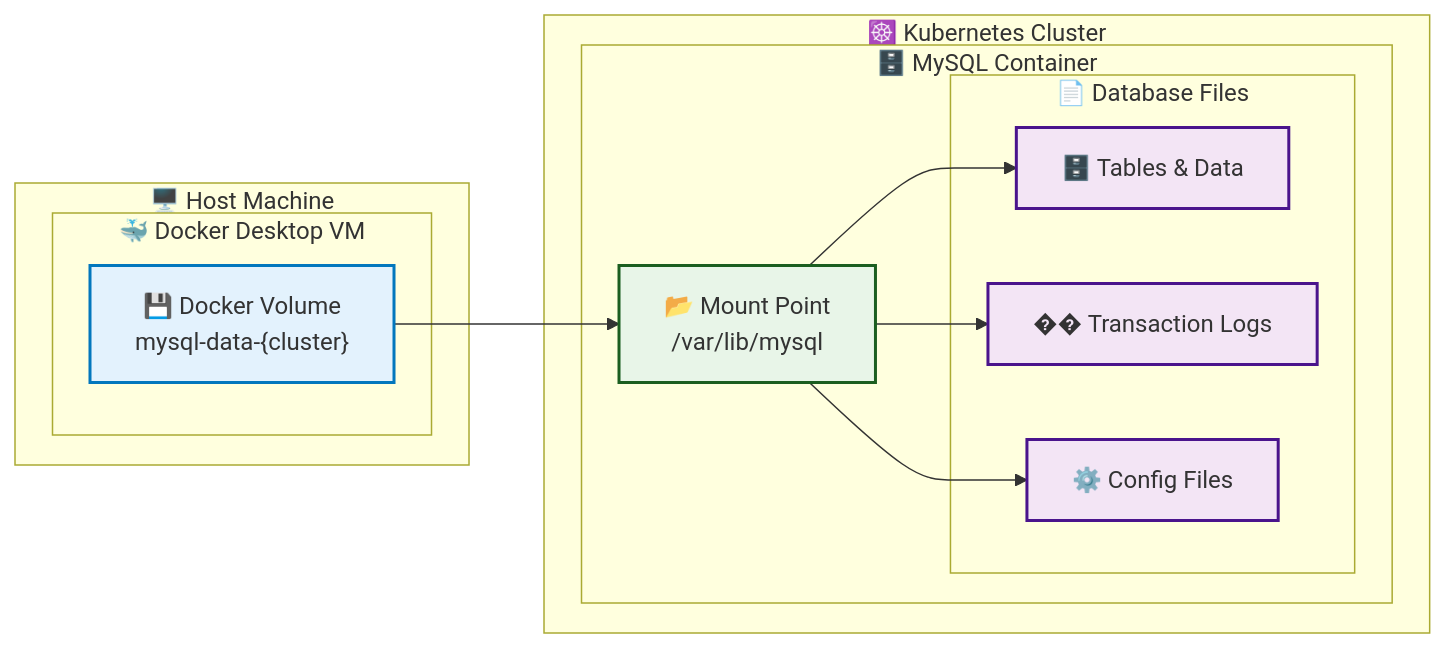
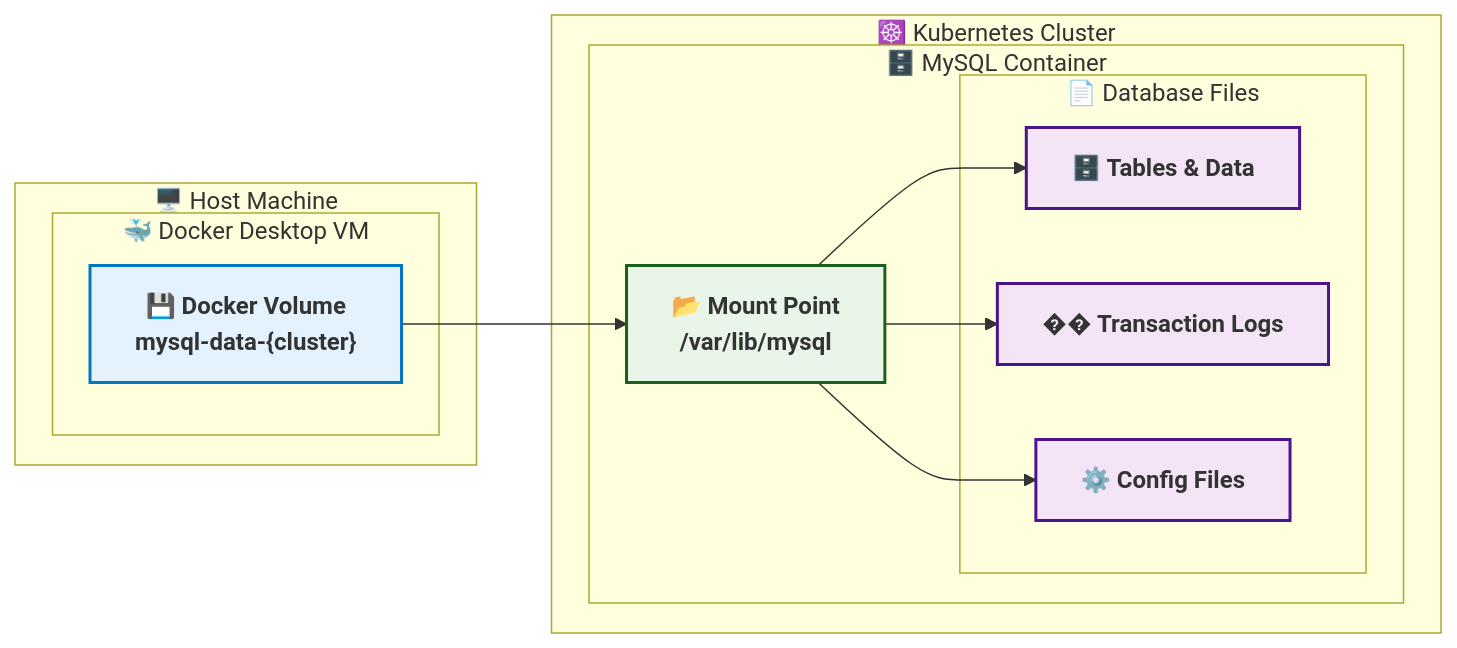
One commit to msreekanth02/kind-kubernetes-cluster-manager changed the seventh of 9 diagrams in ARCHITECTURE.md. Above: the diagram before and after it, drawn with Mermaid. The commit also changed other lines of this file, not shown here.

First line of the commit message:
🎨 Enhance all Mermaid diagrams with improved typography

````diff
--- a/ARCHITECTURE.md
+++ b/ARCHITECTURE.md
@@ -270,34 +270,34 @@
 ```mermaid
 graph LR
     subgraph "🖥️ Host Machine"
         subgraph "🐳 Docker Desktop VM"
             VOLUME["💾 Docker Volume<br/>mysql-data-{cluster}"]
         end
     end
     
     subgraph "☸️ Kubernetes Cluster"
         subgraph "🗄️ MySQL Container"
             MOUNT["📂 Mount Point<br/>/var/lib/mysql"]
             
             subgraph "📄 Database Files"
                 TABLES["🗄️ Tables & Data"]
                 LOGS["�� Transaction Logs"]
                 CONFIG["⚙️ Config Files"]
             end
         end
     end
     
     VOLUME --> MOUNT
     MOUNT --> TABLES
     MOUNT --> LOGS
     MOUNT --> CONFIG
     
-    classDef host fill:#fff3e0,stroke:#e65100,stroke-width:2px
-    classDef volume fill:#e3f2fd,stroke:#0277bd,stroke-width:2px
-    classDef container fill:#e8f5e8,stroke:#1b5e20,stroke-width:2px
-    classDef data fill:#f3e5f5,stroke:#4a148c,stroke-width:2px
+    classDef host fill:#fff3e0,stroke:#e65100,stroke-width:2px,font-size:16px,font-weight:bold
+    classDef volume fill:#e3f2fd,stroke:#0277bd,stroke-width:2px,font-size:16px,font-weight:bold
+    classDef container fill:#e8f5e8,stroke:#1b5e20,stroke-width:2px,font-size:16px,font-weight:bold
+    classDef data fill:#f3e5f5,stroke:#4a148c,stroke-width:2px,font-size:16px,font-weight:bold
     
     class VOLUME volume
     class MOUNT container
     class TABLES,LOGS,CONFIG data
 ```
````
